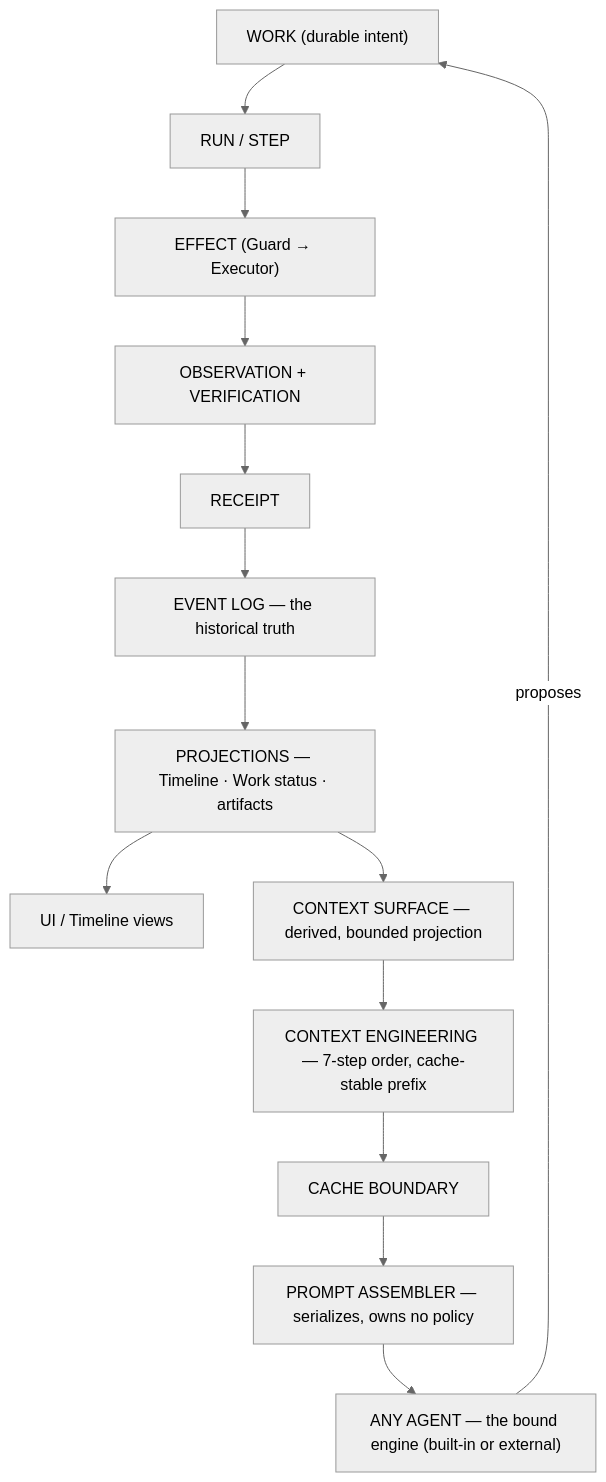
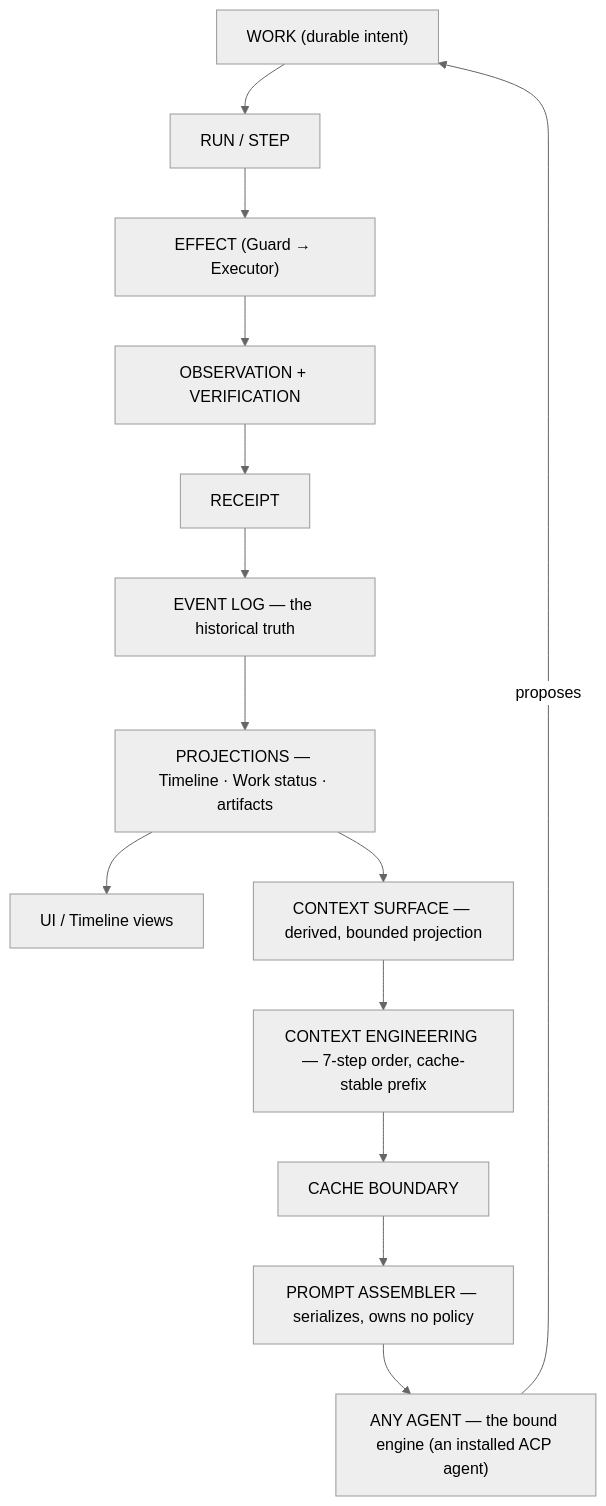
The first of 28 diagrams in ARCH/DIAGRAMS.md (sarv-projects/EveryAIOS), drawn with Mermaid (neutral theme) before and after one commit. The commit also changed other lines of this file and 42 other files, not shown here.

````diff
--- a/ARCH/DIAGRAMS.md
+++ b/ARCH/DIAGRAMS.md
@@ -11,12 +11,12 @@
 ```mermaid
 flowchart TD
     W["WORK (durable intent)"] --> R["RUN / STEP"] --> EF["EFFECT (Guard → Executor)"]
     EF --> OB["OBSERVATION + VERIFICATION"] --> RC["RECEIPT"] --> EV["EVENT LOG — the historical truth"]
     EV --> PR["PROJECTIONS — Timeline · Work status · artifacts"]
     PR --> UI["UI / Timeline views"]
     PR --> CS["CONTEXT SURFACE — derived, bounded projection"]
     CS --> CE["CONTEXT ENGINEERING — 7-step order, cache-stable prefix"]
     CE --> CB["CACHE BOUNDARY"] --> PA["PROMPT ASSEMBLER — serializes, owns no policy"]
-    PA --> AG["ANY AGENT — the bound engine (built-in or external)"]
+    PA --> AG["ANY AGENT — the bound engine (an installed ACP agent)"]
     AG -->|"proposes"| W
 ```
````
